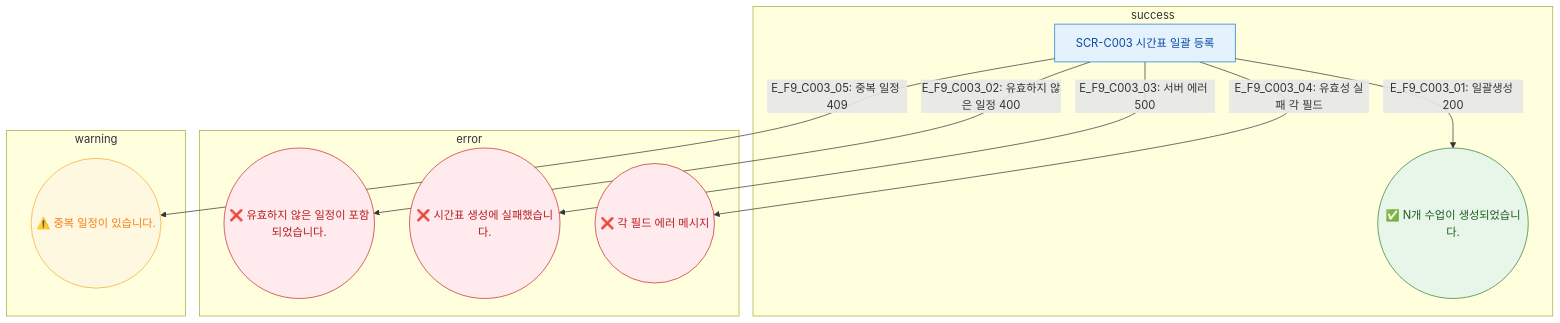
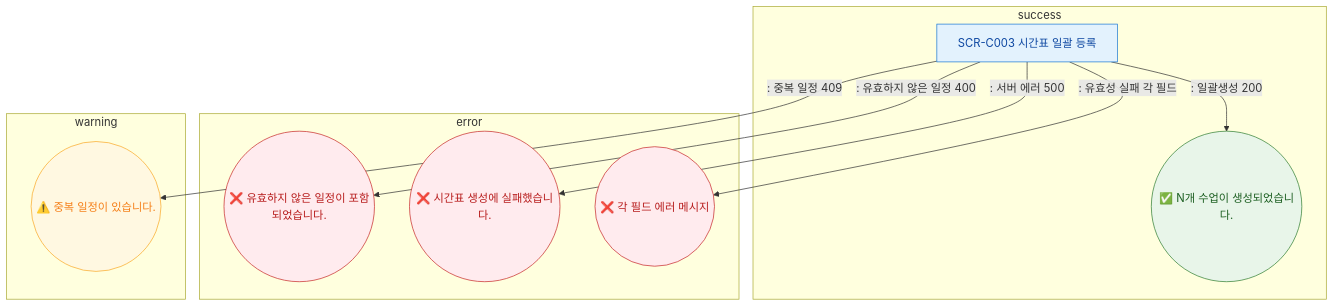
Before and after one commit to dev-spogym/admin-pando: the diagram in docs/다이어그램/D04_수업관리/SCR-C003_시간표일괄등록/F9_토스트.md, drawn with Mermaid. The commit also changed other lines of this file and 1660 other files, not shown here.

First line of the commit message:
다이어그램: 기획자/클라이언트 납품본으로 정리

````diff
--- a/docs/다이어그램/D04_수업관리/SCR-C003_시간표일괄등록/F9_토스트.md
+++ b/docs/다이어그램/D04_수업관리/SCR-C003_시간표일괄등록/F9_토스트.md
@@ -20,27 +18,27 @@
 ```mermaid
 flowchart TD
   SCR_C003[SCR-C003 시간표 일괄 등록]
 
   subgraph success_toasts[success]
-    SCR_C003 -->|"E_F9_C003_01: 일괄생성 200"| T_OK((✅ N개 수업이 생성되었습니다.))
+    SCR_C003 -->|": 일괄생성 200"|T_OK((✅ N개 수업이 생성되었습니다.))
   end
 
   subgraph error_toasts[error]
-    SCR_C003 -->|"E_F9_C003_02: 유효하지 않은 일정 400"| T_INVALID((❌ 유효하지 않은 일정이 포함되었습니다.))
-    SCR_C003 -->|"E_F9_C003_03: 서버 에러 500"| T_ERR((❌ 시간표 생성에 실패했습니다.))
-    SCR_C003 -->|"E_F9_C003_04: 유효성 실패 각 필드"| T_FIELD((❌ 각 필드 에러 메시지))
+    SCR_C003 -->|": 유효하지 않은 일정 400"|T_INVALID((❌ 유효하지 않은 일정이 포함되었습니다.))
+    SCR_C003 -->|": 서버 에러 500"|T_ERR((❌ 시간표 생성에 실패했습니다.))
+    SCR_C003 -->|": 유효성 실패 각 필드"|T_FIELD((❌ 각 필드 에러 메시지))
   end
 
   subgraph warning_toasts[warning]
-    SCR_C003 -->|"E_F9_C003_05: 중복 일정 409"| T_CONFLICT((⚠️ 중복 일정이 있습니다.))
+    SCR_C003 -->|": 중복 일정 409"|T_CONFLICT((⚠️ 중복 일정이 있습니다.))
   end
 
   classDef screen fill:#E3F2FD,stroke:#1976D2,color:#0D47A1
   classDef success fill:#E8F5E9,stroke:#2E7D32,color:#1B5E20
   classDef error fill:#FFEBEE,stroke:#C62828,color:#B71C1C
   classDef warning fill:#FFF8E1,stroke:#F9A825,color:#F57F17
   class SCR_C003 screen
   class T_OK success
   class T_INVALID,T_ERR,T_FIELD error
   class T_CONFLICT warning
 ```
````
